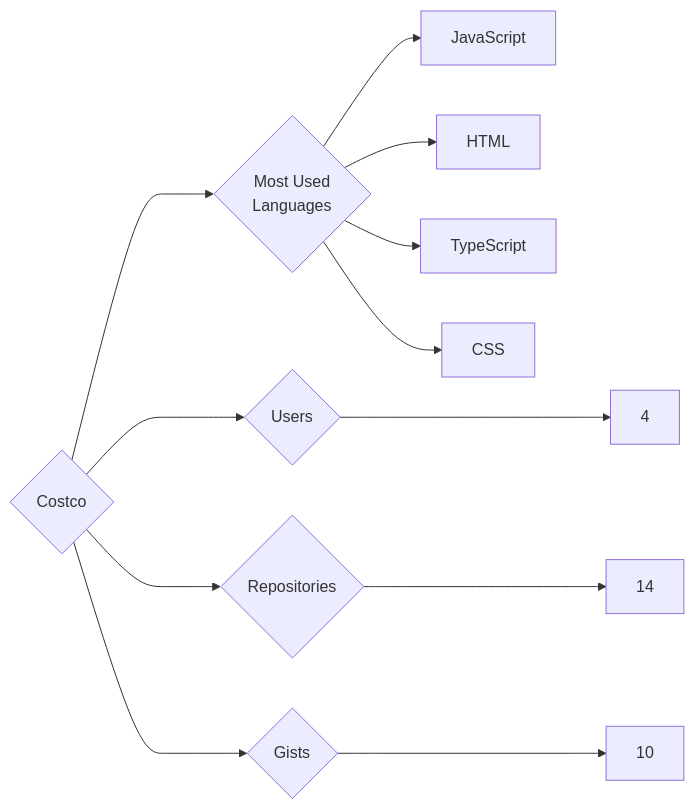
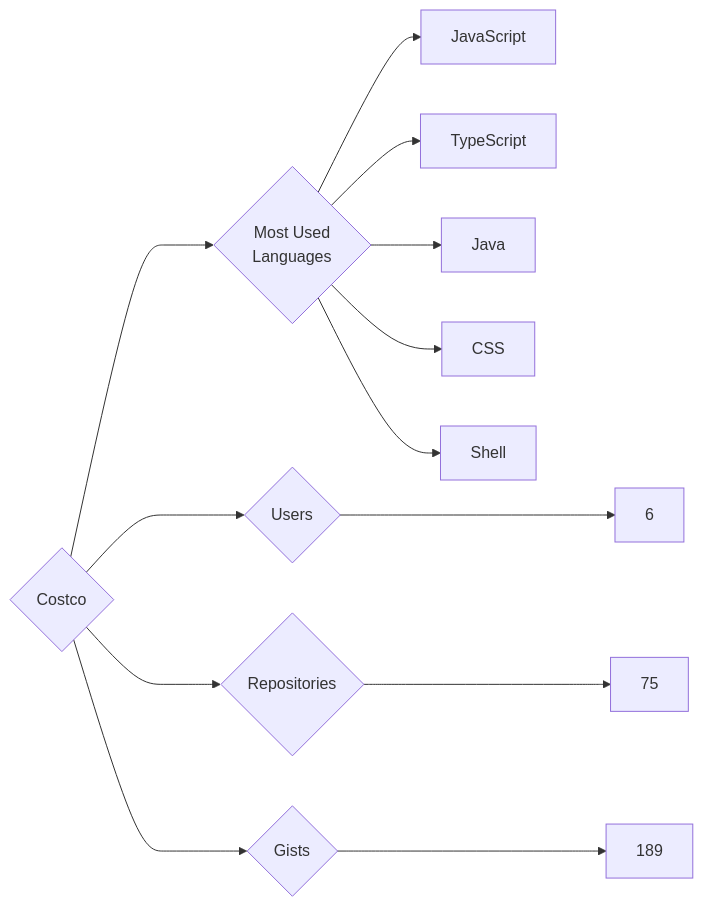
Before and after one commit to trickest/insiders: the diagram in targets/Costco/README.md, drawn with Mermaid. The commit also changed 815 other files, not shown here.

````diff
--- a/targets/Costco/README.md
+++ b/targets/Costco/README.md
@@ -3,12 +3,13 @@
 ```mermaid
 graph LR
 COMPANY_NAME{Costco}
-COMPANY_NAME ---> U{Users} ---> UN[4]
-COMPANY_NAME ---> R{Repositories} ---> RN[14]
-COMPANY_NAME ---> G{Gists} ---> GN[10]
+COMPANY_NAME ---> U{Users} ---> UN[6]
+COMPANY_NAME ---> R{Repositories} ---> RN[75]
+COMPANY_NAME ---> G{Gists} ---> GN[189]
 COMPANY_NAME ---> ML{Most Used<br>Languages}
 ML --> JavaScript[JavaScript]
-ML --> HTML[HTML]
 ML --> TypeScript[TypeScript]
+ML --> Java[Java]
 ML --> CSS[CSS]
+ML --> Shell[Shell]
 ```
````
